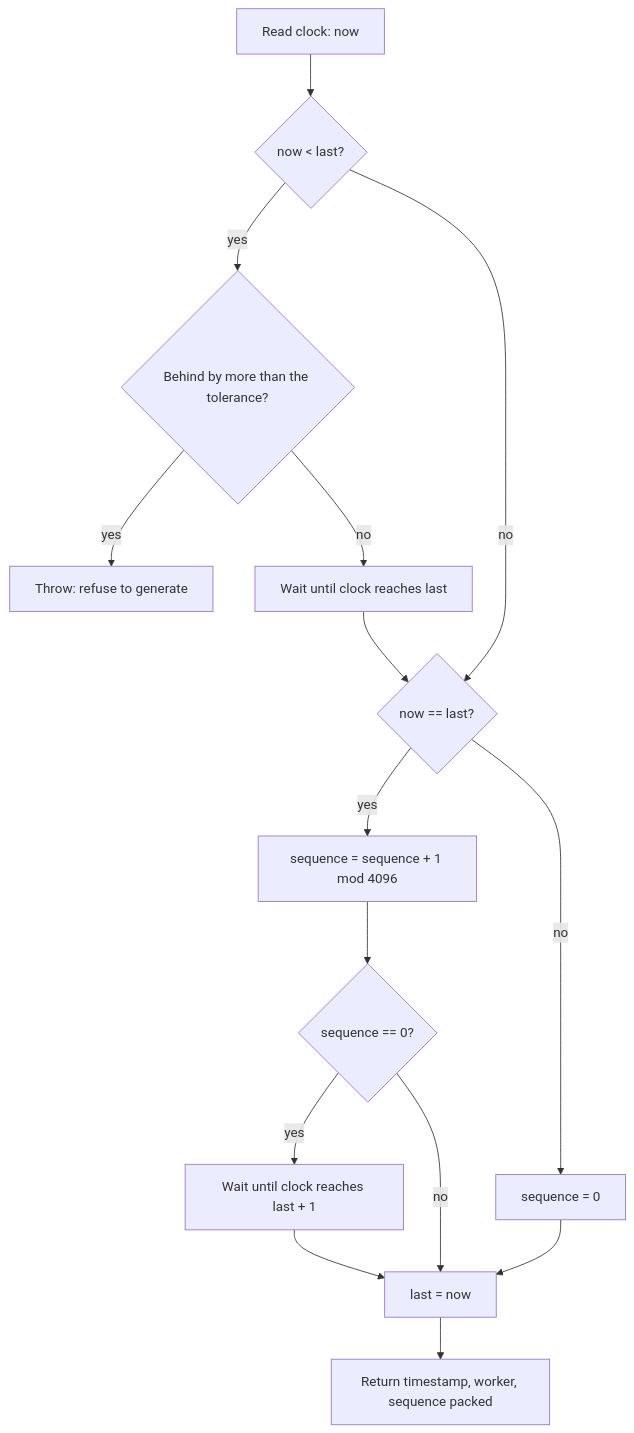
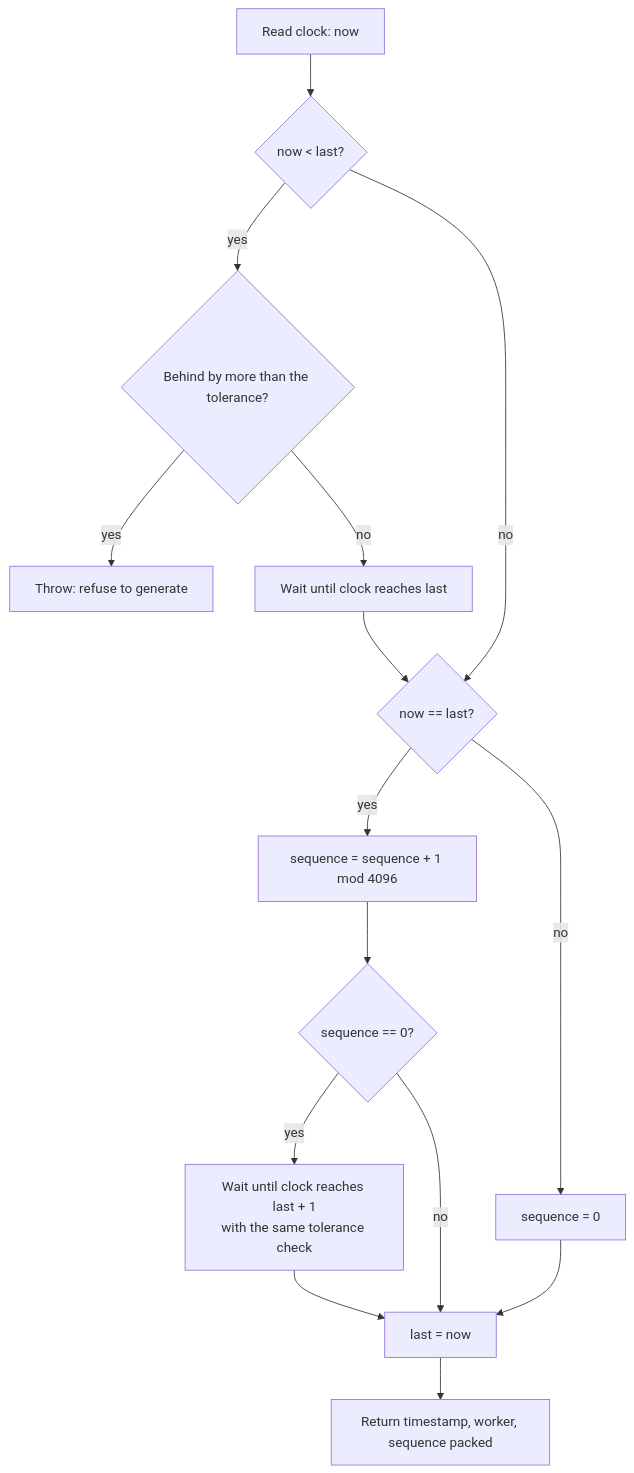
One commit to chaandharaghav/dsa-interview-guide changed the second of 2 diagrams in kb/hld/fundamentals/15-unique-id-generation.md. Above: the diagram before and after it, drawn with Mermaid. The commit also changed other lines of this file and 1 other file, not shown here.

````diff
--- a/kb/hld/fundamentals/15-unique-id-generation.md
+++ b/kb/hld/fundamentals/15-unique-id-generation.md
@@ -218,17 +221,17 @@
 ```mermaid
 flowchart TD
     A[Read clock: now] --> B{now < last?}
     B -- yes --> C{Behind by more than the tolerance?}
     C -- yes --> D[Throw: refuse to generate]
     C -- no --> E[Wait until clock reaches last]
     E --> F
     B -- no --> F{now == last?}
     F -- yes --> G[sequence = sequence + 1 mod 4096]
     G --> H{sequence == 0?}
-    H -- yes --> I[Wait until clock reaches last + 1]
+    H -- yes --> I[Wait until clock reaches last + 1<br/>with the same tolerance check]
     I --> K
     H -- no --> K[last = now]
     F -- no --> J[sequence = 0]
     J --> K
     K --> L[Return timestamp, worker, sequence packed]
 ```
````
